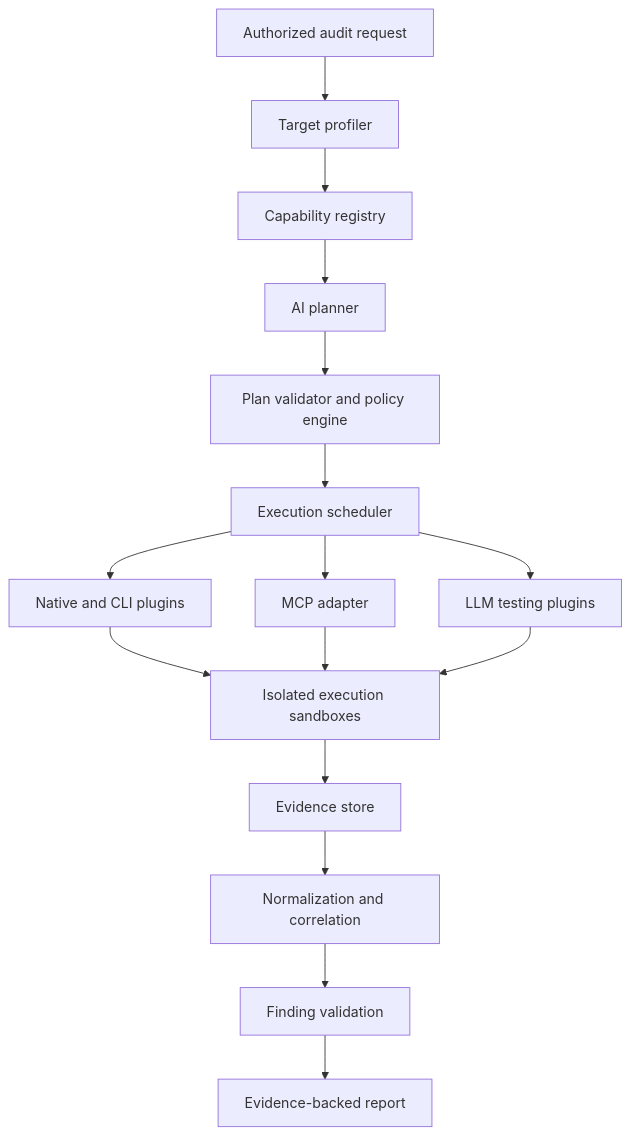
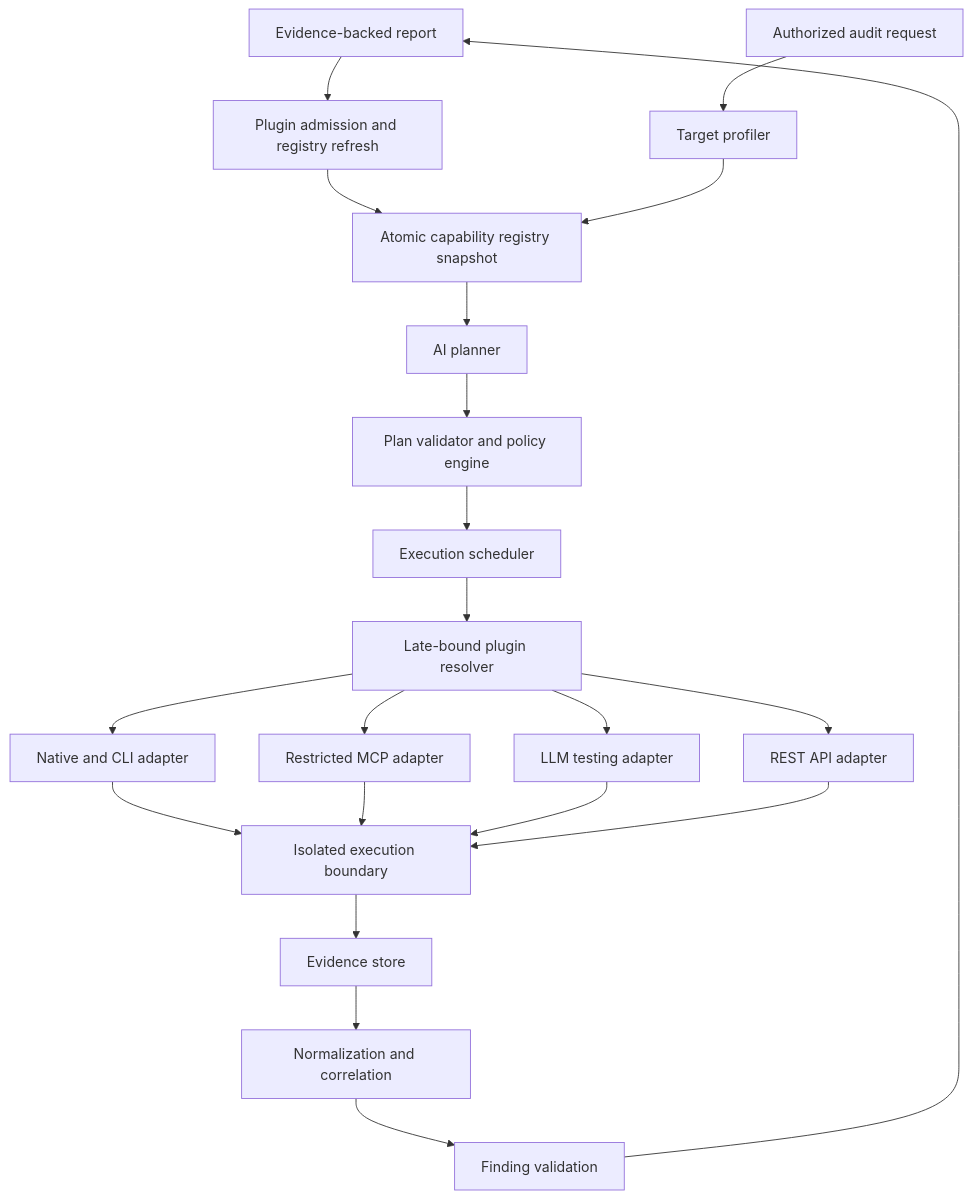
One commit to Likith-Karthik/intelligent-security changed the diagram in POC_ARCHITECTURE.md. Above: the diagram before and after it, drawn with Mermaid. The commit also changed other lines of this file and 20 other files, not shown here.

````diff
--- a/POC_ARCHITECTURE.md
+++ b/POC_ARCHITECTURE.md
@@ -91,21 +91,26 @@
 ```mermaid
 flowchart TD
+    O[Operator-managed plugin sources] --> G[Plugin admission and registry refresh]
+    G --> R[Atomic capability registry snapshot]
     U[Authorized audit request] --> T[Target profiler]
-    T --> R[Capability registry]
+    T --> R
     R --> P[AI planner]
     P --> V[Plan validator and policy engine]
     V --> X[Execution scheduler]
 
-    X --> A[Native and CLI plugins]
-    X --> M[MCP adapter]
-    X --> L[LLM testing plugins]
+    X --> Q[Late-bound plugin resolver]
+    Q --> A[Native and CLI adapter]
+    Q --> M[Restricted MCP adapter]
+    Q --> L[LLM testing adapter]
+    Q --> W[REST API adapter]
 
-    A --> S[Isolated execution sandboxes]
+    A --> S[Isolated execution boundary]
     M --> S
     L --> S
+    W --> S
 
     S --> E[Evidence store]
     E --> N[Normalization and correlation]
     N --> C[Finding validation]
     C --> O[Evidence-backed report]
 ```
````
